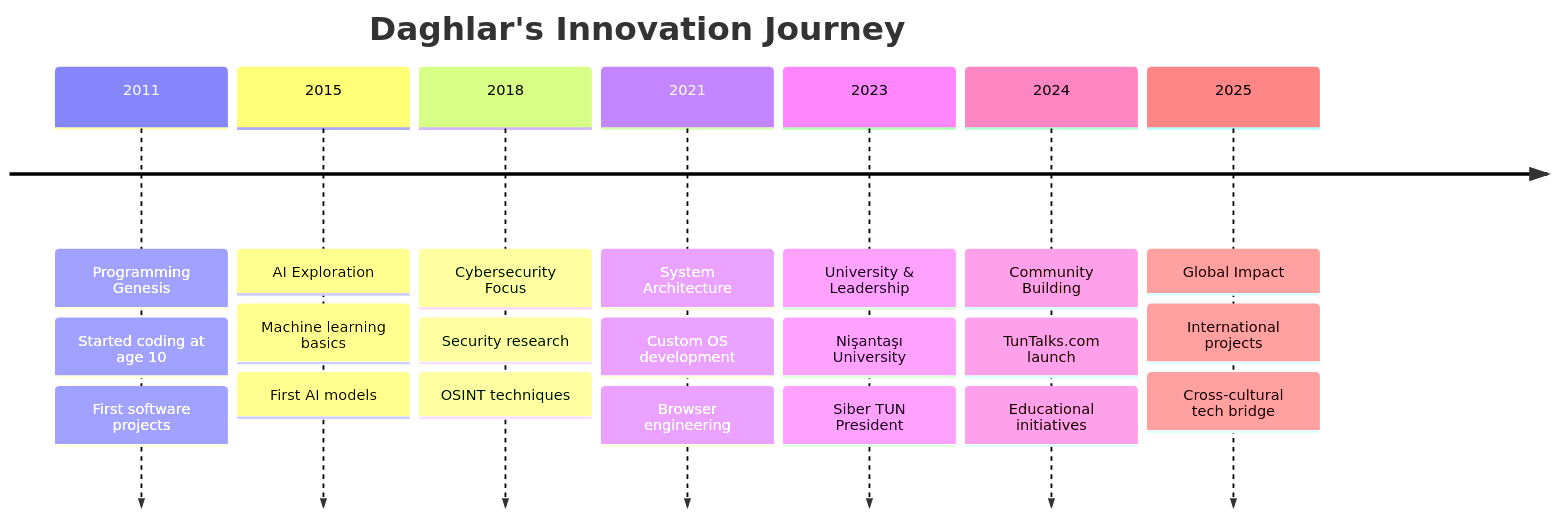
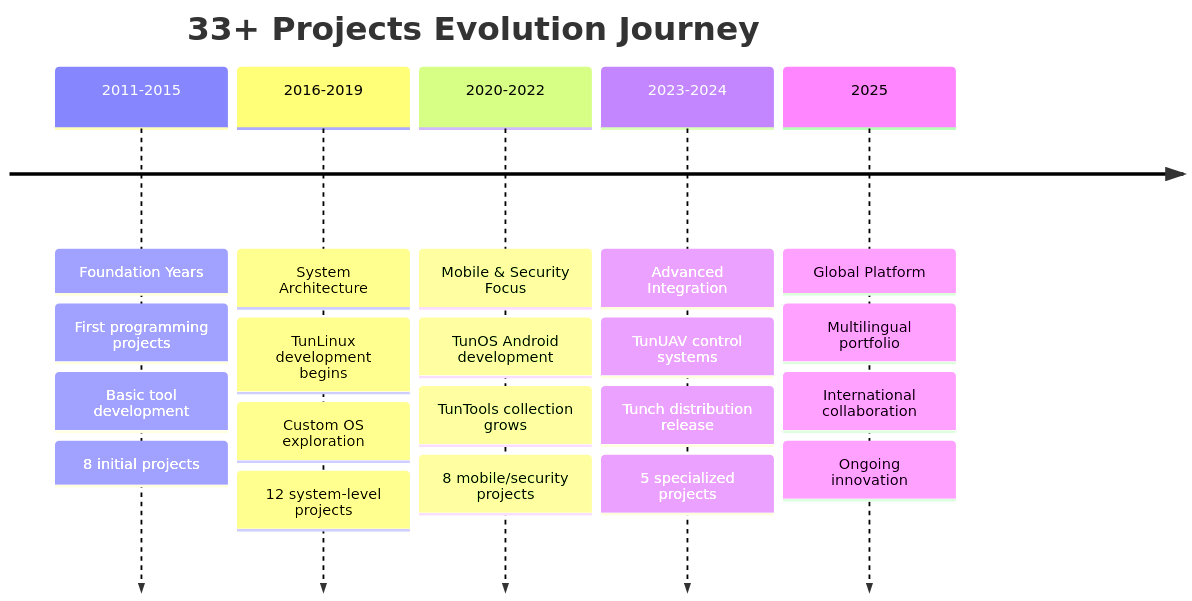
One commit to daghlar/daghlar changed the diagram in README.md. Above: the diagram before and after it, drawn with Mermaid. The commit also changed other lines of this file, not shown here.

````diff
--- a/README.md
+++ b/README.md
@@ -398,25 +170,24 @@
 ```mermaid
 timeline
-    title Daghlar's Innovation Journey
-    2011 : Programming Genesis
-         : Started coding at age 10
-         : First software projects
-    2015 : AI Exploration
-         : Machine learning basics
-         : First AI models
-    2018 : Cybersecurity Focus
-         : Security research
-         : OSINT techniques
-    2021 : System Architecture
-         : Custom OS development
-         : Browser engineering
-    2023 : University & Leadership
-         : Nişantaşı University
-         : Siber TUN President
-    2024 : Community Building
-         : TunTalks.com launch
-         : Educational initiatives
-    2025 : Global Impact
-         : International projects
-         : Cross-cultural tech bridge
+    title 33+ Projects Evolution Journey
+    2011-2015 : Foundation Years
+              : First programming projects
+              : Basic tool development
+              : 8 initial projects
+    2016-2019 : System Architecture
+              : TunLinux development begins
+              : Custom OS exploration
+              : 12 system-level projects
+    2020-2022 : Mobile & Security Focus
+              : TunOS Android development
+              : TunTools collection grows
+              : 8 mobile/security projects
+    2023-2024 : Advanced Integration
+              : TunUAV control systems
+              : Tunch distribution release
+              : 5 specialized projects
+    2025 : Global Platform
+         : Multilingual portfolio
+         : International collaboration
+         : Ongoing innovation
 ```
````
